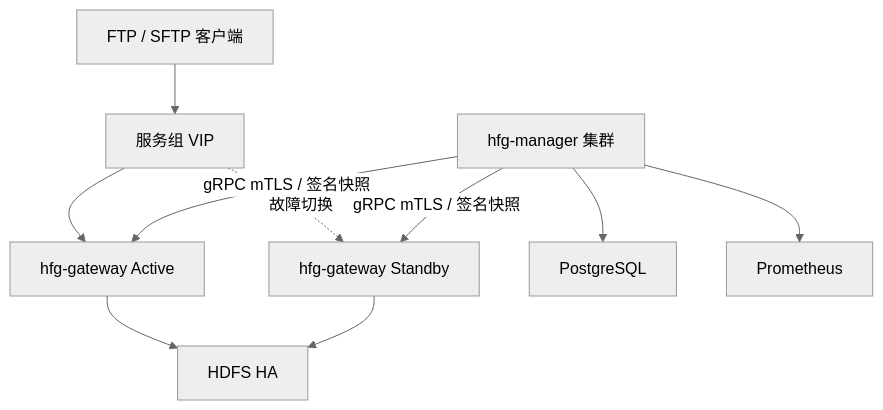
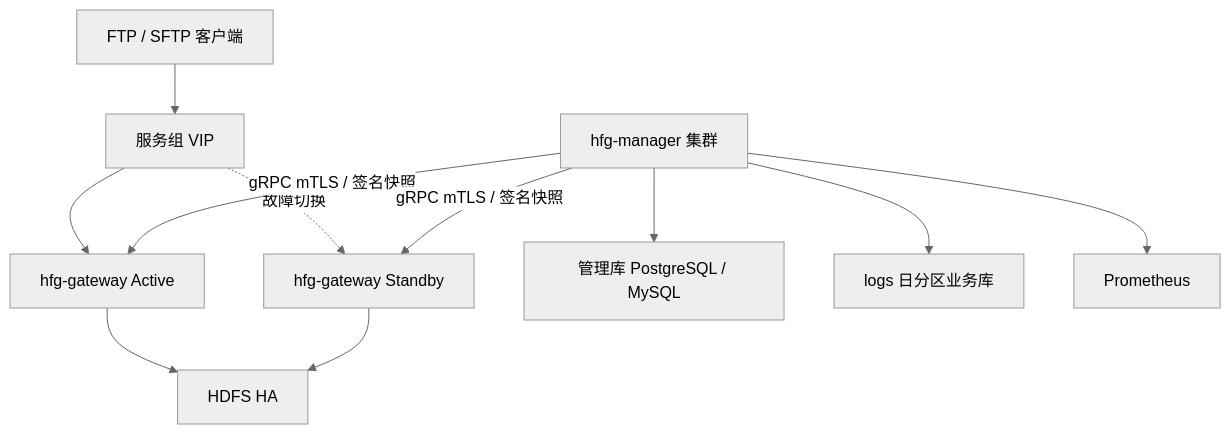
The diagram in docs/implementation.md (schoIarw/hdfs-sftp-gateway), drawn with Mermaid (neutral theme) before and after one commit. The commit also changed other lines of this file and 6 other files, not shown here.

Commit message:
docs: document MySQL and business logs operation

````diff
--- a/docs/implementation.md
+++ b/docs/implementation.md
@@ -9,12 +9,13 @@
 ```mermaid
 flowchart TB
   C["FTP / SFTP 客户端"] --> VIP["服务组 VIP"]
   VIP --> A["hfg-gateway Active"]
   VIP -.故障切换.-> S["hfg-gateway Standby"]
   A --> H["HDFS HA"]
   S --> H
-  M["hfg-manager 集群"] --> DB["PostgreSQL"]
+  M["hfg-manager 集群"] --> DB["管理库 PostgreSQL / MySQL"]
+  M --> L["logs 日分区业务库"]
   M --> P["Prometheus"]
   M --"gRPC mTLS / 签名快照"--> A
   M --"gRPC mTLS / 签名快照"--> S
 ```
````
